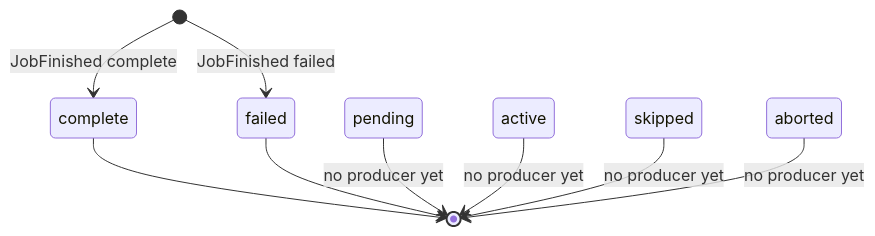
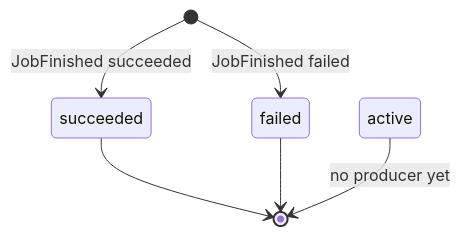
Before and after one commit to kejadlen/quire: the second of 4 diagrams in docs/CI-STATE.md, drawn with Mermaid. The commit also changed other lines of this file and 11 other files, not shown here.

````diff
--- a/docs/CI-STATE.md
+++ b/docs/CI-STATE.md
@@ -104,13 +102,10 @@
 ```mermaid
 stateDiagram-v2
-    [*] --> complete : JobFinished complete
-    [*] --> failed   : JobFinished failed
+    [*] --> succeeded : JobFinished succeeded
+    [*] --> failed    : JobFinished failed
 
-    complete --> [*]
-    failed   --> [*]
+    succeeded --> [*]
+    failed    --> [*]
 
-    pending --> [*] : no producer yet
-    active  --> [*] : no producer yet
-    skipped --> [*] : no producer yet
-    aborted --> [*] : no producer yet
+    active --> [*] : no producer yet
 ```
````
